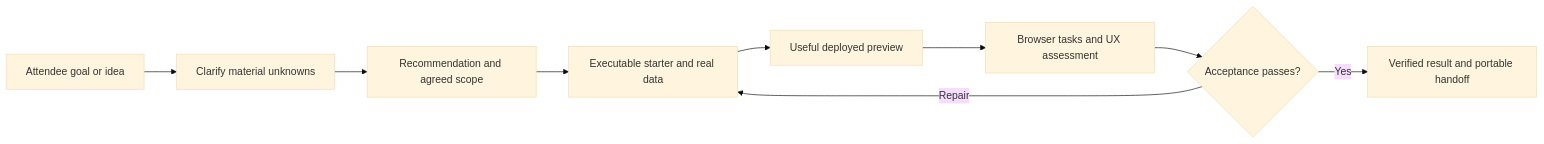
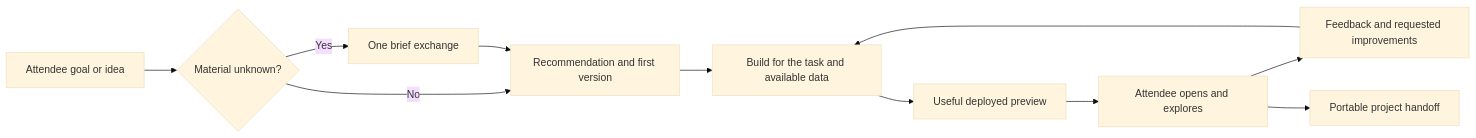
The diagram in docs/app-quality-audit-and-remediation-plan.md (althrussell/databricks-labs-workshop-terminal), drawn with Mermaid (base theme) before and after one commit. The commit also changed other lines of this file and 21 other files, not shown here.

````diff
--- a/docs/app-quality-audit-and-remediation-plan.md
+++ b/docs/app-quality-audit-and-remediation-plan.md
@@ -276,11 +351,13 @@
 ```mermaid
 flowchart LR
-  A[Attendee goal or idea] --> B[Clarify material unknowns]
-  B --> C[Recommendation and agreed scope]
-  C --> D[Executable starter and real data]
-  D --> E[Useful deployed preview]
-  E --> F[Browser tasks and UX assessment]
-  F --> G{Acceptance passes?}
-  G -->|Repair| D
-  G -->|Yes| H[Verified result and portable handoff]
+  A[Attendee goal or idea] --> B{Material unknown?}
+  B -->|Yes| C[One brief exchange]
+  B -->|No| D[Recommendation and first version]
+  C --> D
+  D --> E[Build for the task and available data]
+  E --> F[Useful deployed preview]
+  F --> G[Attendee opens and explores]
+  G --> H[Feedback and requested improvements]
+  H --> E
+  G --> I[Portable project handoff]
 ```
````
